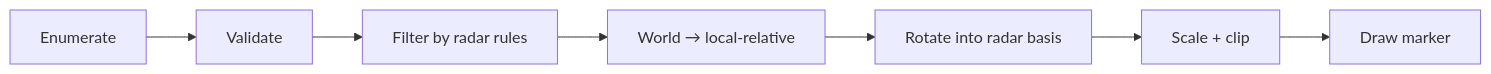
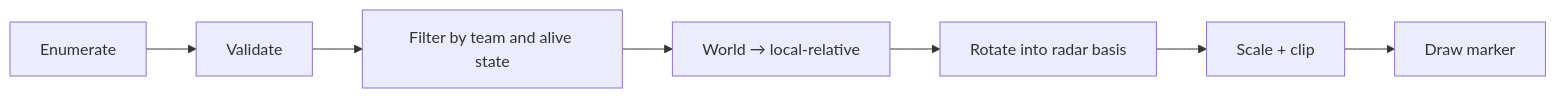
Before and after one commit to MustCodeAl/rust-game-hacking-book: the diagram in site/src/content/docs/pages/5/08.mdx, drawn with Mermaid. The commit also changed other lines of this file and 81 other files, not shown here.

````diff
--- a/site/src/content/docs/pages/5/08.mdx
+++ b/site/src/content/docs/pages/5/08.mdx
@@ -36,9 +36,9 @@
 ```mermaid
 flowchart LR
     E["Enumerate"] --> V["Validate"]
-    V --> F["Filter by radar rules"]
+    V --> F["Filter by team and alive state"]
     F --> T["World → local-relative"]
     T --> R["Rotate into radar basis"]
     R --> S["Scale + clip"]
     S --> D["Draw marker"]
 ```
````
